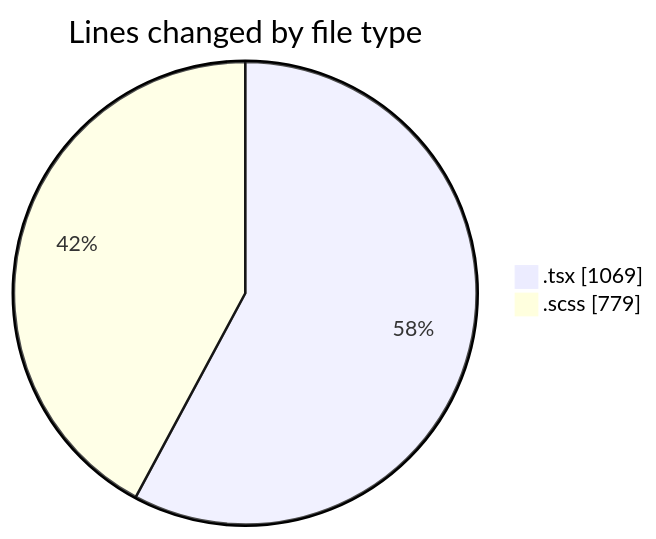
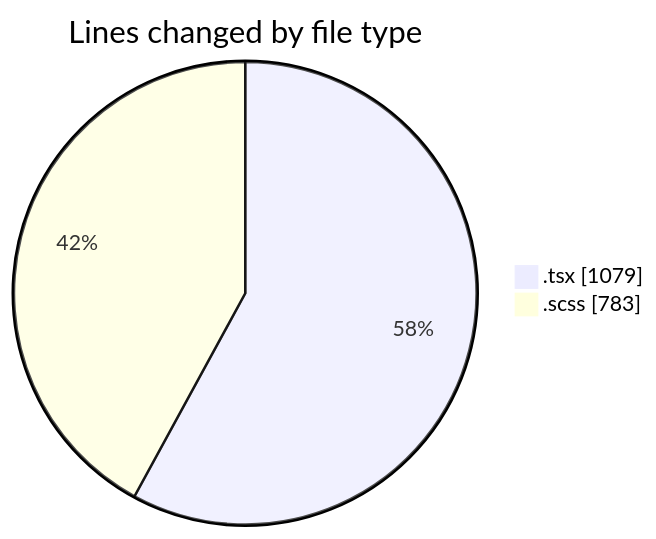
The first of 2 diagrams in 2025-10-06/cda/README.md (momahboobian/code-tracking), drawn with Mermaid before and after one commit. The commit also changed other lines of this file and 1 other file, not shown here.

````diff
--- a/2025-10-06/cda/README.md
+++ b/2025-10-06/cda/README.md
@@ -24,6 +24,6 @@
 ```mermaid
 pie showData
 title Lines changed by file type
-".tsx" : 1069
-".scss" : 779
+".tsx" : 1079
+".scss" : 783
 ```
````
